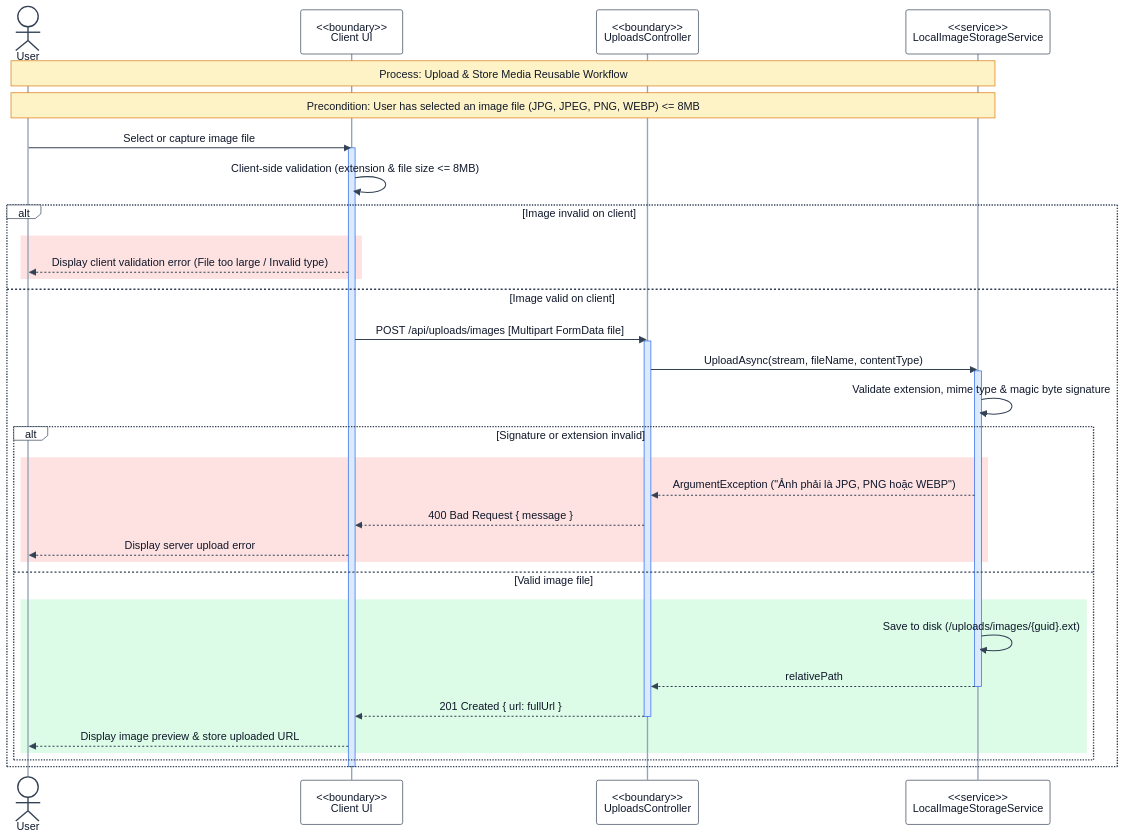
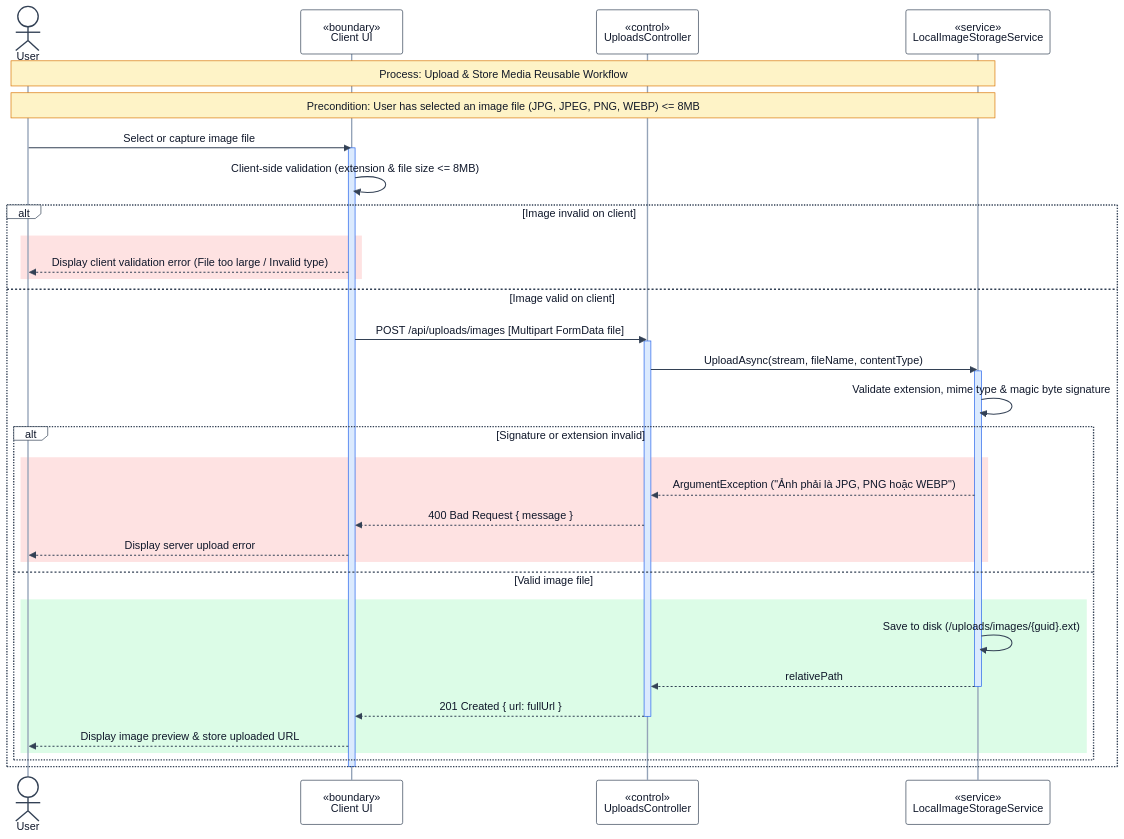
Before and after one commit to se-05-sdlms/smart-locking-diagram: the diagram in RP4/3.2 AI-Powered Waybill Processing (OCR)/3.2.3 Upload & Store Media Reusable Sequence Diagram.md, drawn with Mermaid. The commit also changed 36 other files, not shown here.

Commit message:
Update diagram

````diff
--- a/RP4/3.2 AI-Powered Waybill Processing (OCR)/3.2.3 Upload & Store Media Reusable Sequence Diagram.md
+++ b/RP4/3.2 AI-Powered Waybill Processing (OCR)/3.2.3 Upload & Store Media Reusable Sequence Diagram.md
@@ -3,65 +3,65 @@
 ```mermaid
 %%{init: {
   "theme": "base",
   "themeVariables": {
     "actorBkg": "#FFFFFF",
     "actorBorder": "#334155",
     "actorTextColor": "#0F172A",
     "actorLineColor": "#94A3B8",
     "signalColor": "#334155",
     "signalTextColor": "#0F172A",
     "activationBkgColor": "#DBEAFE",
     "activationBorderColor": "#2563EB",
     "noteBkgColor": "#FEF3C7",
     "noteBorderColor": "#D97706",
     "noteTextColor": "#111827"
   }
 }}%%
 
 sequenceDiagram
 
 actor USER as User
-participant UI as <<boundary>><br/>Client UI
-participant CTRL as <<boundary>><br/>UploadsController
-participant STORAGE as <<service>><br/>LocalImageStorageService
+participant UI as «boundary»<br/>Client UI
+participant CTRL as «control»<br/>UploadsController
+participant STORAGE as «service»<br/>LocalImageStorageService
 
 Note over USER,STORAGE: Process: Upload & Store Media Reusable Workflow
 Note over USER,STORAGE: Precondition: User has selected an image file (JPG, JPEG, PNG, WEBP) <= 8MB
 
 USER->>UI: Select or capture image file
 activate UI
 UI->>UI: Client-side validation (extension & file size <= 8MB)
 
 alt Image invalid on client
   rect rgb(254,226,226)
     UI-->>USER: Display client validation error (File too large / Invalid type)
   end
 else Image valid on client
   UI->>CTRL: POST /api/uploads/images [Multipart FormData file]
   activate CTRL
 
   CTRL->>STORAGE: UploadAsync(stream, fileName, contentType)
   activate STORAGE
   STORAGE->>STORAGE: Validate extension, mime type & magic byte signature
 
   alt Signature or extension invalid
     rect rgb(254,226,226)
       STORAGE-->>CTRL: ArgumentException ("Ảnh phải là JPG, PNG hoặc WEBP")
       CTRL-->>UI: 400 Bad Request { message }
       UI-->>USER: Display server upload error
     end
   else Valid image file
     rect rgb(220,252,231)
       STORAGE->>STORAGE: Save to disk (/uploads/images/{guid}.ext)
       STORAGE-->>CTRL: relativePath
       deactivate STORAGE
 
       CTRL-->>UI: 201 Created { url: fullUrl }
       deactivate CTRL
       UI-->>USER: Display image preview & store uploaded URL
     end
   end
 end
 
 deactivate UI
 ```
````
